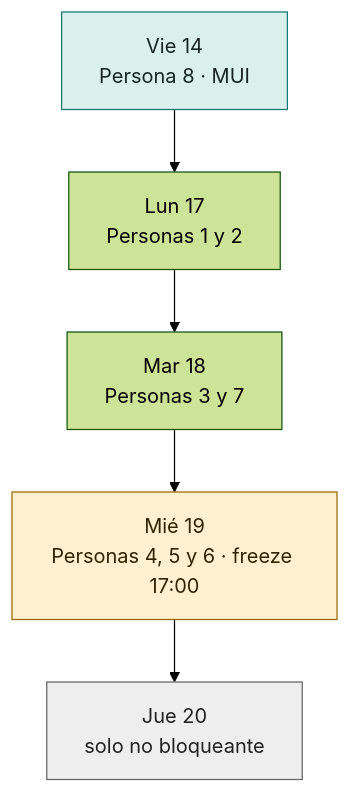
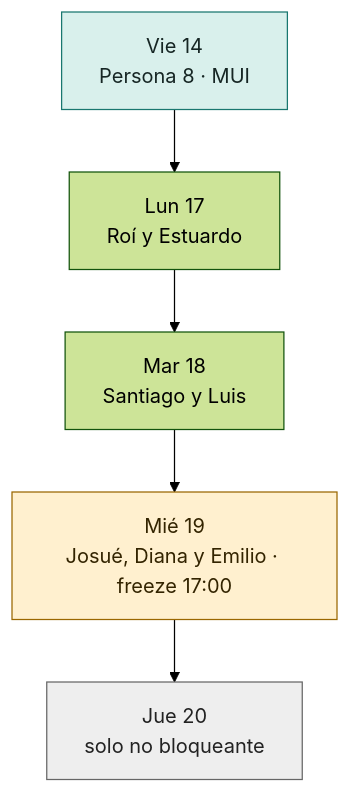
Before and after one commit to siga-inebi/siga-inebi: the second of 2 diagrams in docs/planning/sprint-2026-08-14.md, drawn with Mermaid (forest theme). The commit also changed other lines of this file, not shown here.

````diff
--- a/docs/planning/sprint-2026-08-14.md
+++ b/docs/planning/sprint-2026-08-14.md
@@ -247,12 +247,12 @@
 ```mermaid
 flowchart TD
     V14["Vie 14<br/>Persona 8 · MUI"] -->
-    L17["Lun 17<br/>Personas 1 y 2"] -->
-    M18["Mar 18<br/>Personas 3 y 7"] -->
-    X19["Mié 19<br/>Personas 4, 5 y 6 · freeze 17:00"] -->
+    L17["Lun 17<br/>Roí y Estuardo"] -->
+    M18["Mar 18<br/>Santiago y Luis"] -->
+    X19["Mié 19<br/>Josué, Diana y Emilio · freeze 17:00"] -->
     J20["Jue 20<br/>solo no bloqueante"]
 
     style V14 fill:#d9f0ec,stroke:#19776f,color:#162624
     style X19 fill:#fff0cf,stroke:#9a6700,color:#332400
     style J20 fill:#eeeeee,stroke:#666666,color:#222222
 ```
````
